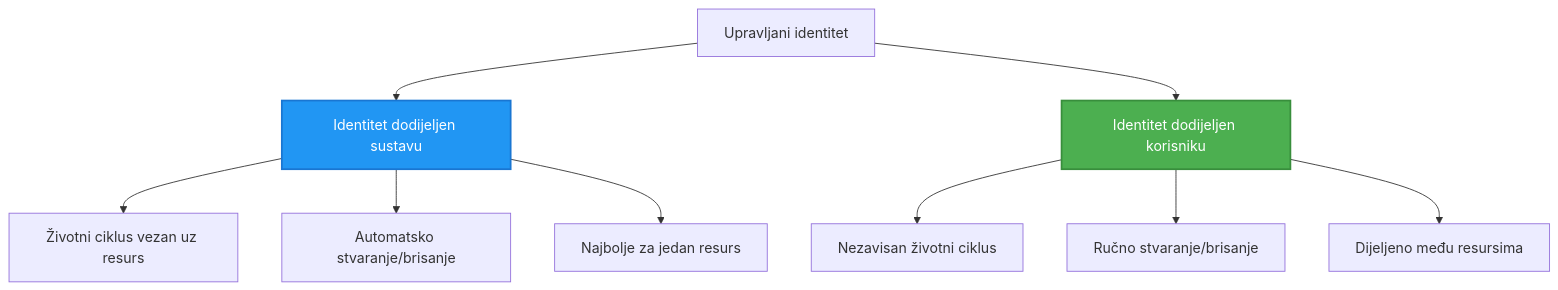
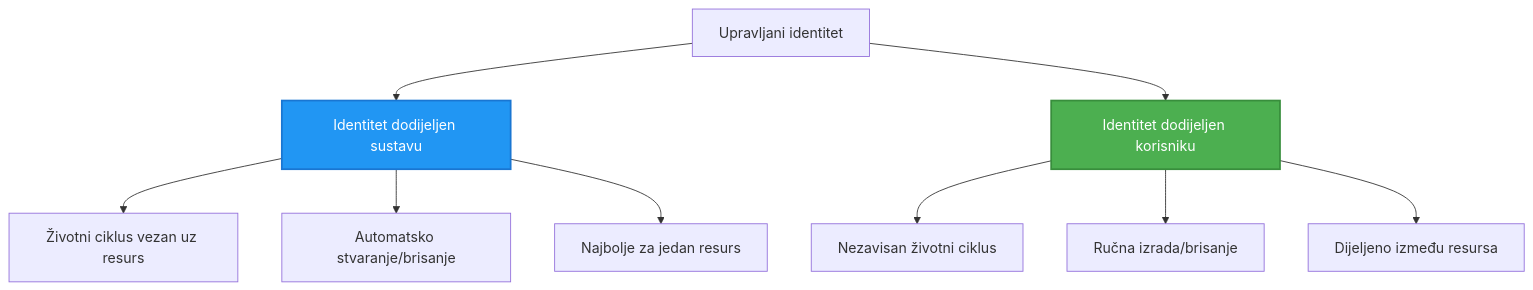
Before and after one commit to microsoft/AZD-for-beginners: the second of 2 diagrams in translations/hr/docs/chapter-03-configuration/authsecurity.md, drawn with Mermaid. The commit also changed other lines of this file and 101 other files, not shown here.

````diff
--- a/translations/hr/docs/chapter-03-configuration/authsecurity.md
+++ b/translations/hr/docs/chapter-03-configuration/authsecurity.md
@@ -97,20 +97,20 @@
 ```mermaid
 graph TB
     MI[Upravljani identitet]
     SystemAssigned[Identitet dodijeljen sustavu]
     UserAssigned[Identitet dodijeljen korisniku]
     
     MI --> SystemAssigned
     MI --> UserAssigned
     
     SystemAssigned --> SA1[Životni ciklus vezan uz resurs]
     SystemAssigned --> SA2[Automatsko stvaranje/brisanje]
     SystemAssigned --> SA3[Najbolje za jedan resurs]
     
     UserAssigned --> UA1[Nezavisan životni ciklus]
-    UserAssigned --> UA2[Ručno stvaranje/brisanje]
-    UserAssigned --> UA3[Dijeljeno među resursima]
+    UserAssigned --> UA2[Ručna izrada/brisanje]
+    UserAssigned --> UA3[Dijeljeno između resursa]
     
     style SystemAssigned fill:#2196F3,stroke:#1976D2,stroke-width:2px,color:#fff
     style UserAssigned fill:#4CAF50,stroke:#388E3C,stroke-width:2px,color:#fff
 ```
````
